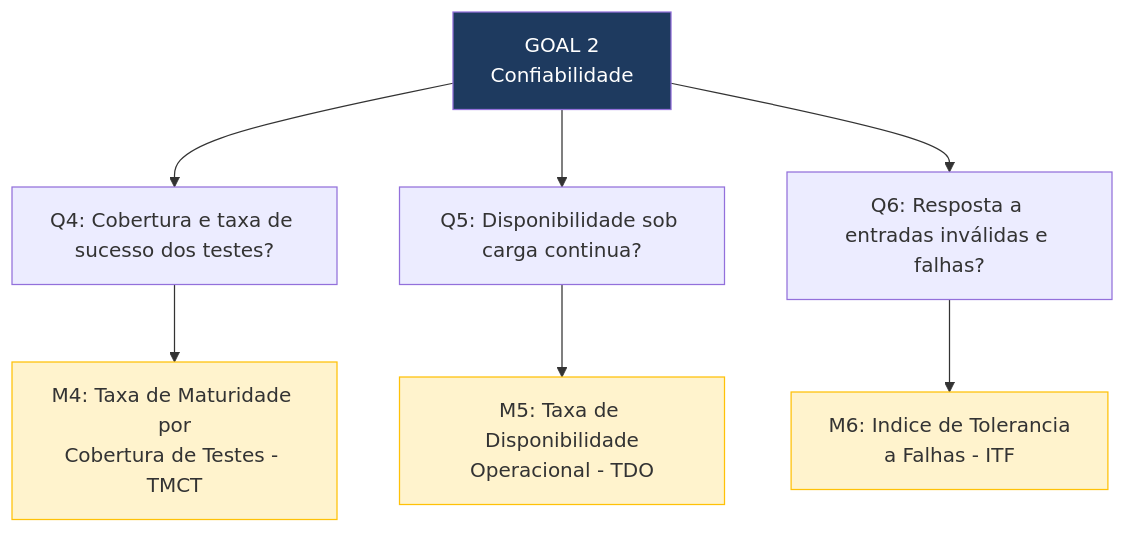
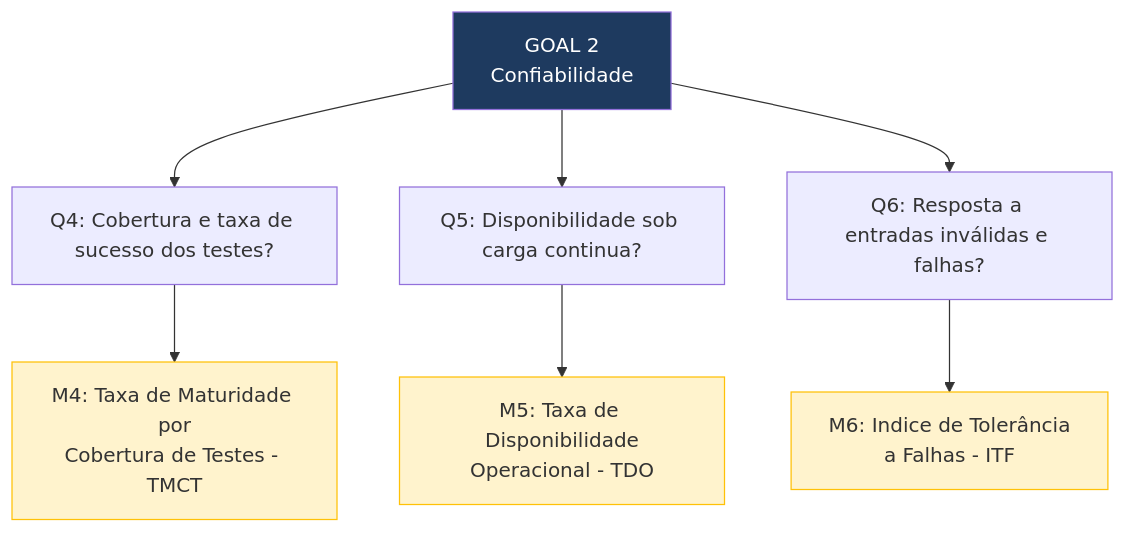
The diagram in docs/fase2/confiabilidade.md (FCTE-Qualidade-de-Software-1/2026-1_T01_FRANS_BILAS), drawn with Mermaid before and after one commit. The commit also changed other lines of this file and 9 other files, not shown here.

````diff
--- a/docs/fase2/confiabilidade.md
+++ b/docs/fase2/confiabilidade.md
@@ -25,15 +25,15 @@
 ```mermaid
 graph TD
     G2["GOAL 2<br>Confiabilidade"]
     G2 --> Q4["Q4: Cobertura e taxa de sucesso dos testes?"]
     G2 --> Q5["Q5: Disponibilidade sob carga continua?"]
     G2 --> Q6["Q6: Resposta a entradas inválidas e falhas?"]
     Q4 --> M4["M4: Taxa de Maturidade por<br>Cobertura de Testes - TMCT"]
     Q5 --> M5["M5: Taxa de Disponibilidade<br>Operacional - TDO"]
-    Q6 --> M6["M6: Indice de Tolerancia<br>a Falhas - ITF"]
+    Q6 --> M6["M6: Indice de Tolerância<br>a Falhas - ITF"]
 
     style G2 fill:#1E3A5F,color:#fff
     style M4 fill:#fff3cd,stroke:#ffc107
     style M5 fill:#fff3cd,stroke:#ffc107
     style M6 fill:#fff3cd,stroke:#ffc107
 ```
````
